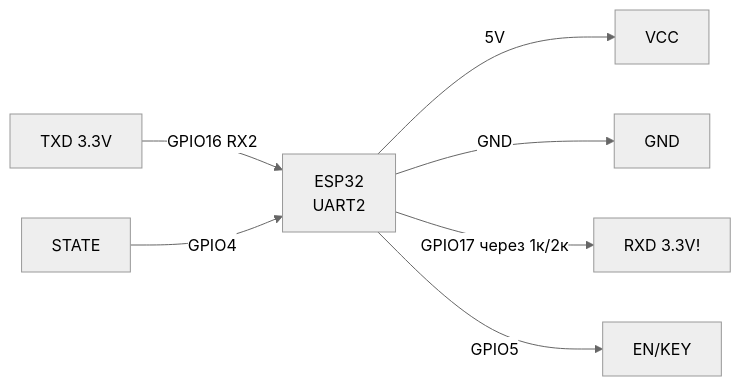
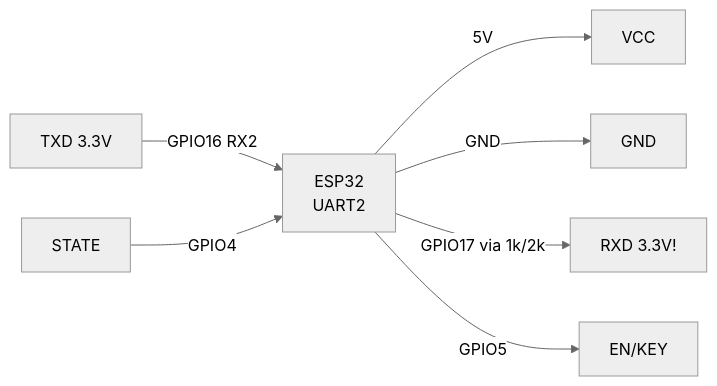
One commit to ksalab/embedded-reference changed the first of 3 diagrams in obsidian_vault/ESP32-Reference/EN/12-Comm-Modules/06-HC05-HM10-CC1101-HC12.en.md. Above: the diagram before and after it, drawn with Mermaid (neutral theme). The commit also changed other lines of this file and 76 other files, not shown here.

````diff
--- a/obsidian_vault/ESP32-Reference/EN/12-Comm-Modules/06-HC05-HM10-CC1101-HC12.en.md
+++ b/obsidian_vault/ESP32-Reference/EN/12-Comm-Modules/06-HC05-HM10-CC1101-HC12.en.md
@@ -83,9 +83,9 @@
 ```mermaid
 graph LR
     ESP32[ESP32<br/>UART2] -->|5V| VCC[VCC]
     ESP32 -->|GND| GNDM[GND]
     TXD[TXD 3.3V] -->|GPIO16 RX2| ESP32
-    ESP32 -->|GPIO17 через 1к/2к| RXD[RXD 3.3V!]
+    ESP32 -->|GPIO17 via 1k/2k| RXD[RXD 3.3V!]
     ESP32 -->|GPIO5| EN[EN/KEY]
     STATE[STATE] -->|GPIO4| ESP32
 ```
````
